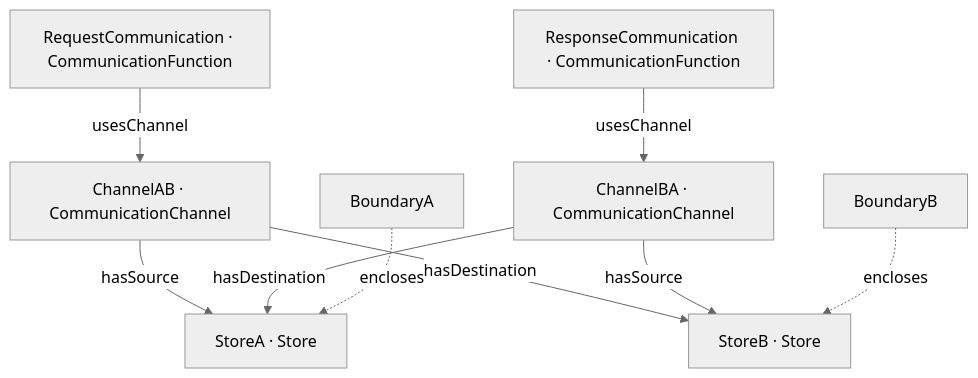
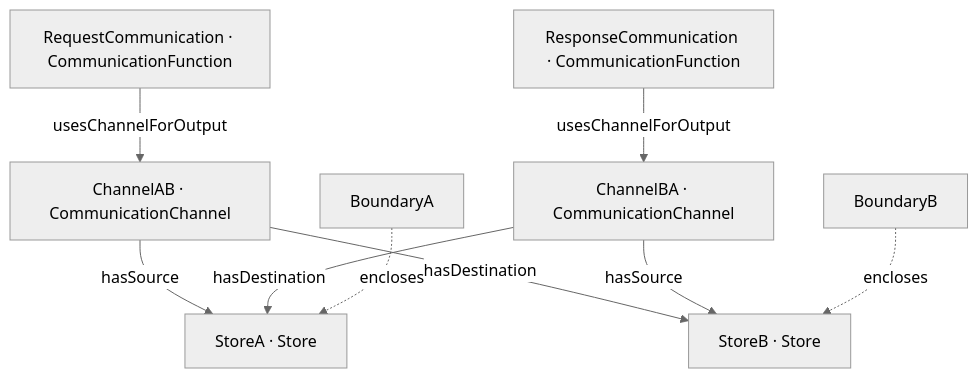
Diagram 17 of 19 in ontologies/core/DDTA_CORE.md (nballestriero/tesiStabile), drawn with Mermaid (neutral theme) before and after one commit. The commit also changed other lines of this file and 4 other files, not shown here.

````diff
--- a/ontologies/core/DDTA_CORE.md
+++ b/ontologies/core/DDTA_CORE.md
@@ -4289,11 +4392,11 @@
 ```mermaid
 flowchart TB
-    F1["RequestCommunication · CommunicationFunction"] -->|usesChannel| C1["ChannelAB · CommunicationChannel"]
-    F2["ResponseCommunication · CommunicationFunction"] -->|usesChannel| C2["ChannelBA · CommunicationChannel"]
+    F1["RequestCommunication · CommunicationFunction"] -->|usesChannelForOutput| C1["ChannelAB · CommunicationChannel"]
+    F2["ResponseCommunication · CommunicationFunction"] -->|usesChannelForOutput| C2["ChannelBA · CommunicationChannel"]
     C1 -->|hasSource| A["StoreA · Store"]
     C1 -->|hasDestination| B["StoreB · Store"]
     C2 -->|hasSource| B
     C2 -->|hasDestination| A
     BA["BoundaryA"] -.->|encloses| A
     BB["BoundaryB"] -.->|encloses| B
 ```
````
